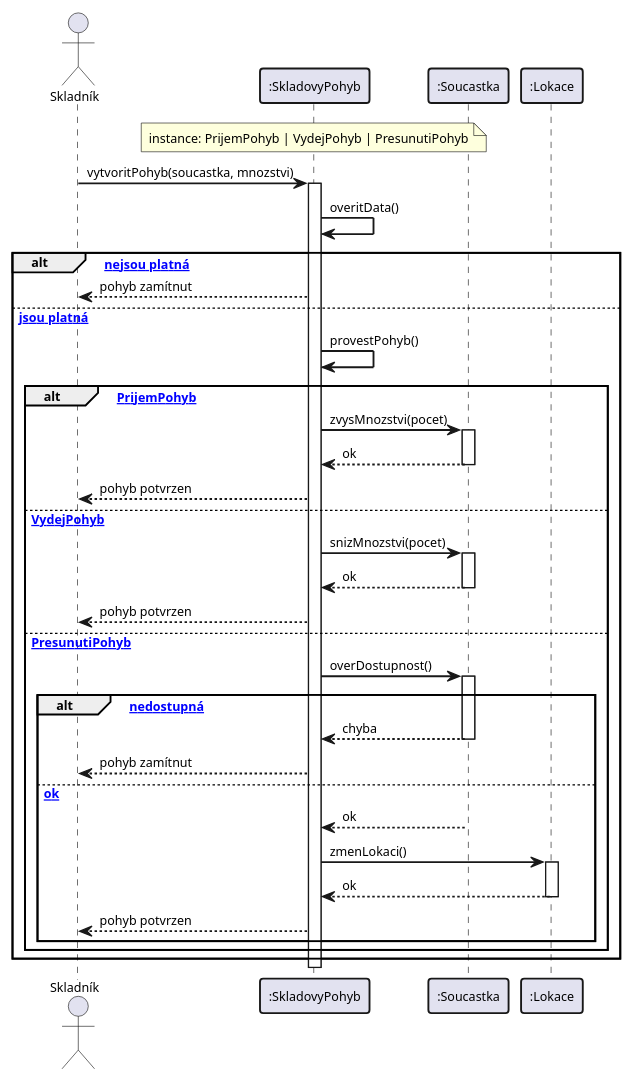
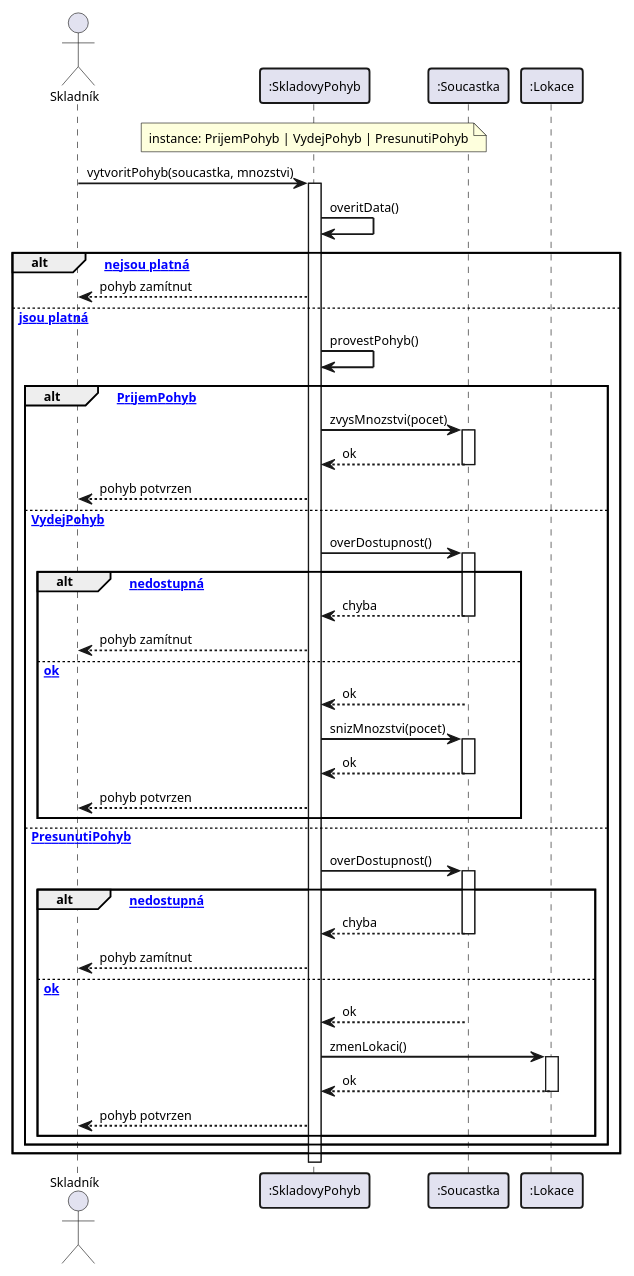
One commit to lkvapil/kOdevzdaniProjektWMS changed the diagram in diagrams/13_sequence_pohyb.puml. Above: the diagram before and after it, drawn with PlantUML. The commit also changed 8 other files, not shown here.

Commit message:
fix: stavove diagramy - overDostupnost() konzistentne u VydejPohyb a PresunutiPohyb

```diff
--- a/diagrams/13_sequence_pohyb.puml
+++ b/diagrams/13_sequence_pohyb.puml
@@ -1,59 +1,69 @@
 @startuml
 skinparam defaultFontSize 10
 skinparam sequenceArrowThickness 1.5
 skinparam sequenceParticipantBorderThickness 1.5
 skinparam sequenceGroupBorderThickness 1.5
 
 actor "Skladník" as Uzivatel
 participant ":SkladovyPohyb" as Pohyb
 note over Pohyb : instance: PrijemPohyb | VydejPohyb | PresunutiPohyb
 participant ":Soucastka" as Soucastka
 participant ":Lokace" as Lokace
 
 Uzivatel -> Pohyb : vytvoritPohyb(soucastka, mnozstvi)
 activate Pohyb
 
 Pohyb -> Pohyb : overitData()
 
 alt [data nejsou platná]
     Pohyb --> Uzivatel : pohyb zamítnut
 
 else [data jsou platná]
     Pohyb -> Pohyb : provestPohyb()
 
     alt [PrijemPohyb]
         Pohyb -> Soucastka : zvysMnozstvi(pocet)
         activate Soucastka
         Soucastka --> Pohyb : ok
         deactivate Soucastka
         Pohyb --> Uzivatel : pohyb potvrzen
 
     else [VydejPohyb]
-        Pohyb -> Soucastka : snizMnozstvi(pocet)
+        Pohyb -> Soucastka : overDostupnost()
         activate Soucastka
-        Soucastka --> Pohyb : ok
-        deactivate Soucastka
-        Pohyb --> Uzivatel : pohyb potvrzen
+        alt [součástka nedostupná]
+            Soucastka --> Pohyb : chyba
+            deactivate Soucastka
+            Pohyb --> Uzivatel : pohyb zamítnut
+        else [ok]
+            Soucastka --> Pohyb : ok
+            deactivate Soucastka
+            Pohyb -> Soucastka : snizMnozstvi(pocet)
+            activate Soucastka
+            Soucastka --> Pohyb : ok
+            deactivate Soucastka
+            Pohyb --> Uzivatel : pohyb potvrzen
+        end
 
     else [PresunutiPohyb]
         Pohyb -> Soucastka : overDostupnost()
         activate Soucastka
         alt [součástka nedostupná]
             Soucastka --> Pohyb : chyba
             deactivate Soucastka
             Pohyb --> Uzivatel : pohyb zamítnut
         else [ok]
             Soucastka --> Pohyb : ok
             deactivate Soucastka
             Pohyb -> Lokace : zmenLokaci()
             activate Lokace
             Lokace --> Pohyb : ok
             deactivate Lokace
             Pohyb --> Uzivatel : pohyb potvrzen
         end
     end
 end
 
 deactivate Pohyb
 
 @enduml
```
